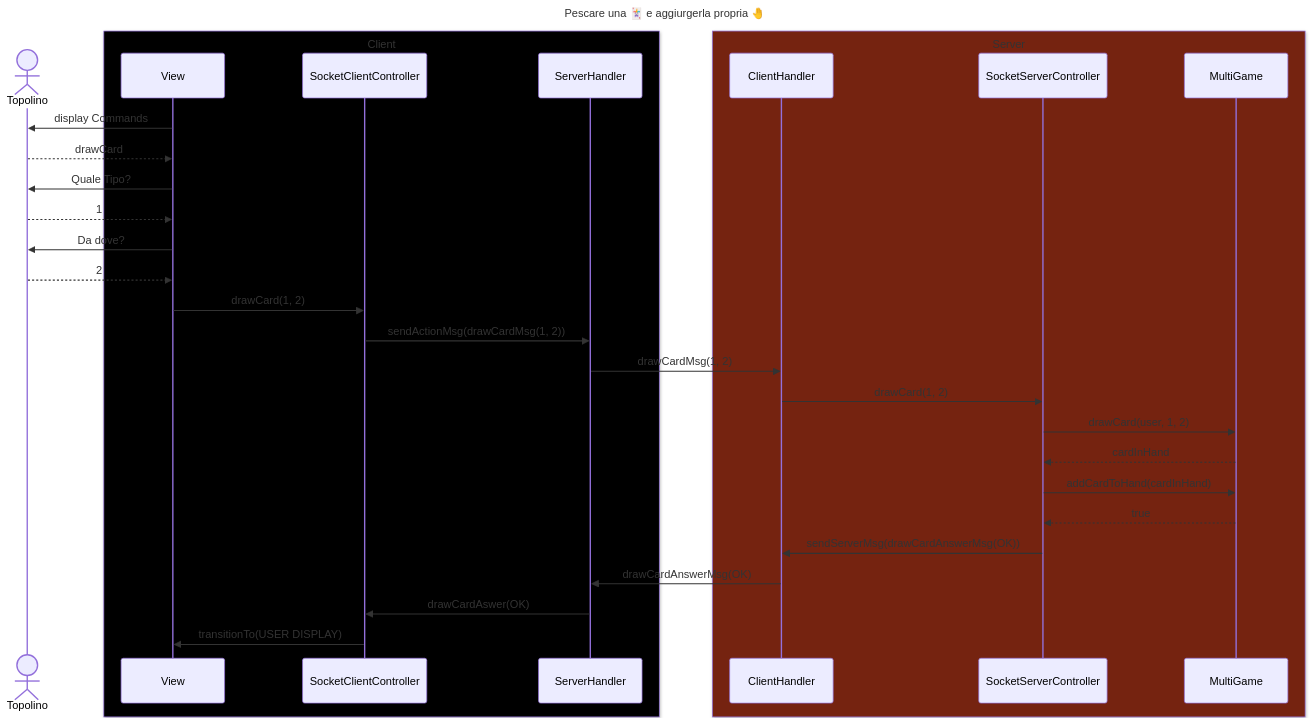
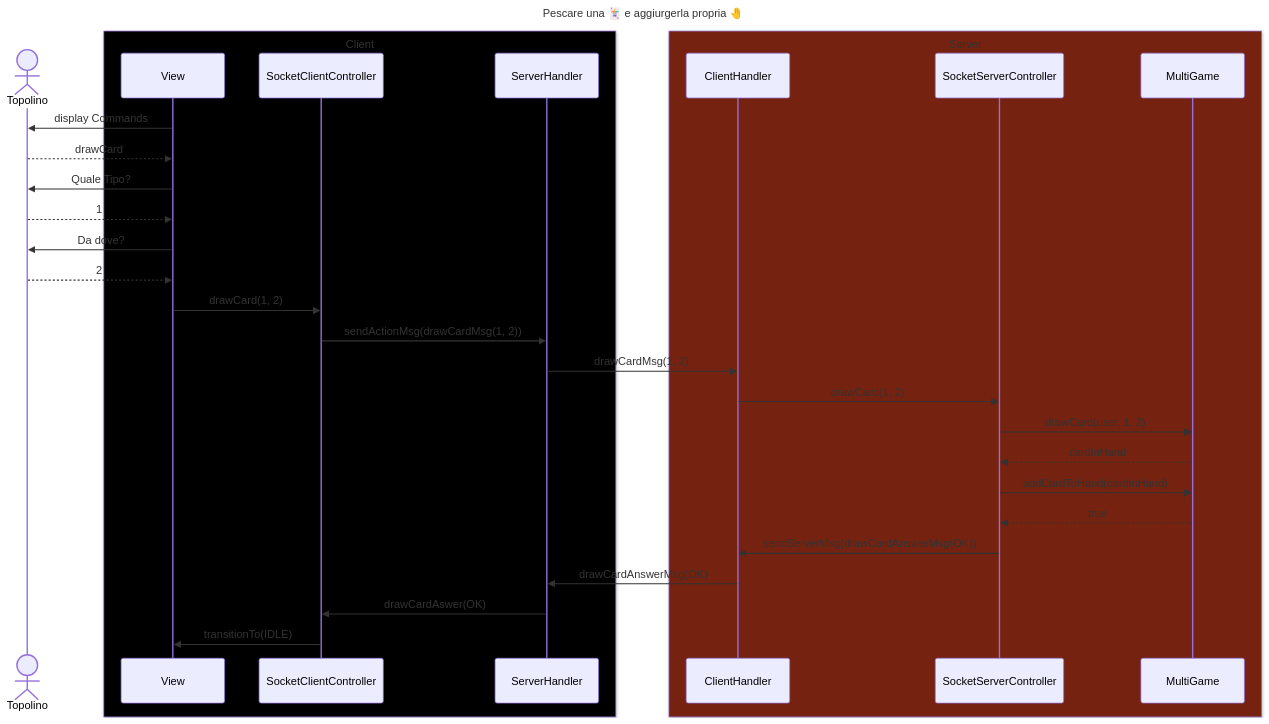
One commit to Software-Engineering-Project-PoliMi2024/ing-sw-2024-Figini-Ginefra-Grisoni-Lanzafame changed the diagram in deliverable/Seq_Diagrams/PescareUnaCarta.md. Above: the diagram before and after it, drawn with Mermaid. The commit also changed other lines of this file and 1 other file, not shown here.

Commit message:
fix: typo in seq. diagram description

````diff
--- a/deliverable/Seq_Diagrams/PescareUnaCarta.md
+++ b/deliverable/Seq_Diagrams/PescareUnaCarta.md
@@ -1,52 +1,52 @@
 ```mermaid
 sequenceDiagram
     title: Pescare una 🃏 e aggiurgerla propria 🤚
     actor Topolino
 
     box black Client
         participant View
         participant SocketClientController
         participant ServerHandler
     end
 
     box rgb(117, 35, 16) Server
         participant ClientHandler
         participant SocketServerController
         participant MultiGame
     end
 
     View ->> Topolino : display Commands
     Topolino -->> View : drawCard
 
     %% ResourceCard (0) / GoldCard (1)
     View ->> Topolino : Quale Tipo?
     Topolino -->> View : 1
 
     %% Buffer (0/1) - Deck (2)
     View ->> Topolino : Da dove?
     Topolino -->> View : 2
 
     View ->> SocketClientController : drawCard(1, 2)
 
     SocketClientController ->> ServerHandler : sendActionMsg(drawCardMsg(1, 2))
 
     ServerHandler ->> ClientHandler : drawCardMsg(1, 2)
 
     ClientHandler ->> SocketServerController : drawCard(1, 2)
 
     SocketServerController ->> MultiGame : drawCard(user, 1, 2)
 
     MultiGame -->> SocketServerController : cardInHand
 
     SocketServerController ->> MultiGame : addCardToHand(cardInHand)
 
     MultiGame -->> SocketServerController : true
 
     SocketServerController ->> ClientHandler : sendServerMsg(drawCardAnswerMsg(OK))
 
     ClientHandler ->> ServerHandler : drawCardAnswerMsg(OK)
 
     ServerHandler ->> SocketClientController : drawCardAswer(OK)
 
-    SocketClientController ->> View : transitionTo(USER DISPLAY)
+    SocketClientController ->> View : transitionTo(IDLE)
 ```
````
